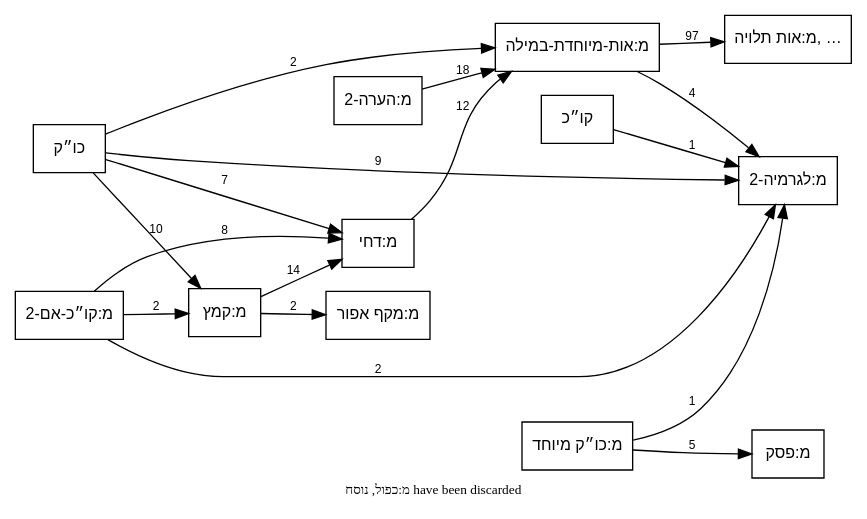
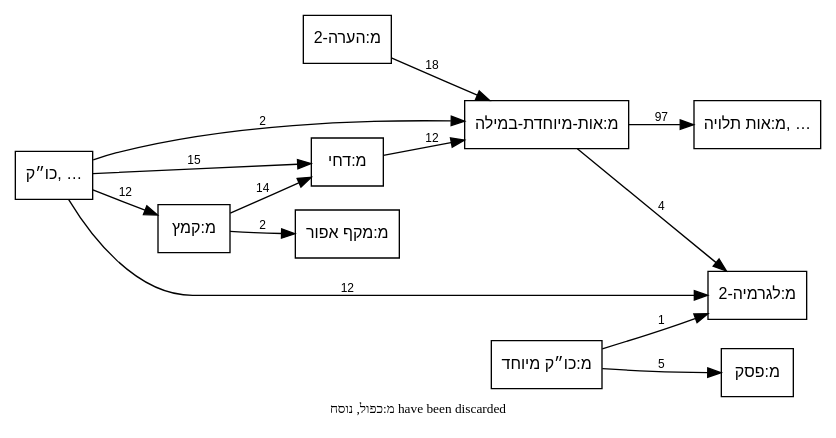
One commit to bdenckla/MAM-basics changed the diagram in out/tmpl-survey-plus/plus-call-graph-e.dot. Above: the diagram before and after it, drawn with Graphviz. The commit also changed 4 other files, not shown here.

```diff
--- a/out/tmpl-survey-plus/plus-call-graph-e.dot
+++ b/out/tmpl-survey-plus/plus-call-graph-e.dot
@@ -1,35 +1,34 @@
 // This file was generated by MAM-basics/py/main_tmpl_survey.py.
 // Do not edit by hand.
 digraph template_call_graph {
     rankdir=LR;
     node [fontname="SBL Hebrew,Helvetica", fontsize=12];
     edge [fontname="Helvetica", fontsize=9];
     graph [comment="This file was generated by MAM-basics/py/main_tmpl_survey.py."];
 
     // Template nodes
     node [shape=box, style=""];
+    "כו״ק, …" [tooltip="כו״ק
+מ:קו״כ-אם-2
+קו״כ"];
     "מ:אות תלויה, …" [tooltip="מ:אות תלויה
 מ:אות-ג
 מ:אות-ק"];
 
     // Note
     graph [label="מ:כפול, נוסח have been discarded", labelloc=b, fontsize=10];
 
     // Edges
-    "כו״ק" -> "מ:אות-מיוחדת-במילה" [label="2"];
-    "כו״ק" -> "מ:דחי" [label="7"];
-    "כו״ק" -> "מ:לגרמיה-2" [label="9"];
-    "כו״ק" -> "מ:קמץ" [label="10"];
+    "כו״ק, …" -> "מ:אות-מיוחדת-במילה" [label="2"];
+    "כו״ק, …" -> "מ:דחי" [label="15"];
+    "כו״ק, …" -> "מ:לגרמיה-2" [label="12"];
+    "כו״ק, …" -> "מ:קמץ" [label="12"];
     "מ:אות-מיוחדת-במילה" -> "מ:אות תלויה, …" [label="97"];
     "מ:אות-מיוחדת-במילה" -> "מ:לגרמיה-2" [label="4"];
     "מ:דחי" -> "מ:אות-מיוחדת-במילה" [label="12"];
     "מ:הערה-2" -> "מ:אות-מיוחדת-במילה" [label="18"];
     "מ:כו״ק מיוחד" -> "מ:לגרמיה-2" [label="1"];
     "מ:כו״ק מיוחד" -> "מ:פסק" [label="5"];
-    "מ:קו״כ-אם-2" -> "מ:דחי" [label="8"];
-    "מ:קו״כ-אם-2" -> "מ:לגרמיה-2" [label="2"];
-    "מ:קו״כ-אם-2" -> "מ:קמץ" [label="2"];
     "מ:קמץ" -> "מ:דחי" [label="14"];
     "מ:קמץ" -> "מ:מקף אפור" [label="2"];
-    "קו״כ" -> "מ:לגרמיה-2" [label="1"];
 }
```
